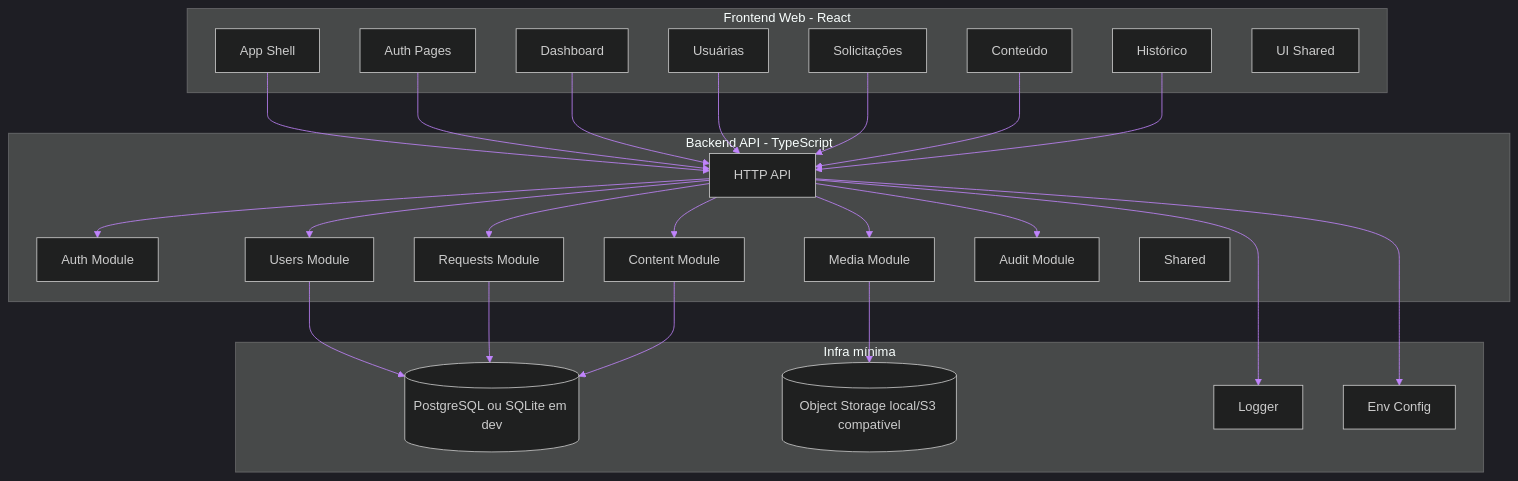
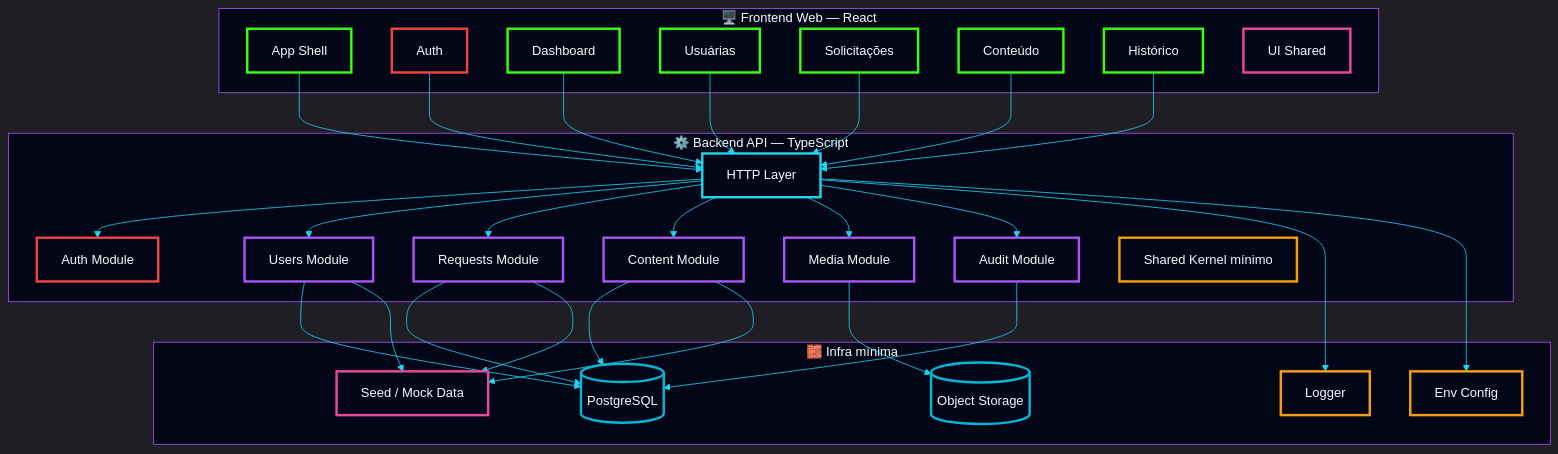
Before and after one commit to NickDevHolz/Terra-Conecta: the fifth of 12 diagrams in Terra Conecta — Proposta Institucional, Comercial e Técnica.md, drawn with Mermaid. The commit also changed other lines of this file, not shown here.

````diff
--- a/Terra Conecta — Proposta Institucional, Comercial e Técnica.md
+++ b/Terra Conecta — Proposta Institucional, Comercial e Técnica.md
@@ -371,17 +533,25 @@
 'theme':'dark',
 'themeVariables':{
 'background':'#020617',
+'mainBkg':'#020617',
+'secondBkg':'#0f172a',
+'tertiaryColor':'#111827',
 'primaryColor':'#22d3ee',
 'primaryTextColor':'#f8fafc',
 'primaryBorderColor':'#39ff14',
-'lineColor':'#c084fc',
 'secondaryColor':'#0f172a',
-'tertiaryColor':'#111827'
+'secondaryTextColor':'#e2e8f0',
+'secondaryBorderColor':'#a855f7',
+'lineColor':'#22d3ee',
+'textColor':'#f8fafc',
+'clusterBkg':'#020617',
+'clusterBorder':'#a855f7',
+'defaultLinkColor':'#22d3ee'
 }}}%%
 flowchart TB
-subgraph Frontend[Frontend Web - React]
+subgraph FE[🖥️ Frontend Web — React]
 A[App Shell]
-B[Auth Pages]
+B[Auth]
 C[Dashboard]
 D[Usuárias]
 E[Solicitações]
@@ -390,22 +560,23 @@
 H[UI Shared]
 end
 
-subgraph Backend[Backend API - TypeScript]
-I[HTTP API]
+subgraph API[⚙️ Backend API — TypeScript]
+I[HTTP Layer]
 J[Auth Module]
 K[Users Module]
 L[Requests Module]
 M[Content Module]
 N[Media Module]
 O[Audit Module]
-P[Shared]
+P[Shared Kernel mínimo]
 end
 
-subgraph Infra[Infra mínima]
-Q[(PostgreSQL ou SQLite em dev)]
-R[(Object Storage local/S3 compatível)]
+subgraph INFRA[🧱 Infra mínima]
+Q[(PostgreSQL)]
+R[(Object Storage)]
 S[Logger]
 T[Env Config]
+U[Seed / Mock Data]
 end
 
 A --> I
@@ -424,7 +595,33 @@
 K --> Q
 L --> Q
 M --> Q
+O --> Q
 N --> R
 I --> S
 I --> T
+K --> U
+L --> U
+M --> U
+
+style A fill:#020617,stroke:#39ff14,stroke-width:3px,color:#f8fafc
+style B fill:#020617,stroke:#ef4444,stroke-width:3px,color:#f8fafc
+style C fill:#020617,stroke:#39ff14,stroke-width:3px,color:#f8fafc
+style D fill:#020617,stroke:#39ff14,stroke-width:3px,color:#f8fafc
+style E fill:#020617,stroke:#39ff14,stroke-width:3px,color:#f8fafc
+style F fill:#020617,stroke:#39ff14,stroke-width:3px,color:#f8fafc
+style G fill:#020617,stroke:#39ff14,stroke-width:3px,color:#f8fafc
+style H fill:#020617,stroke:#ec4899,stroke-width:3px,color:#f8fafc
+style I fill:#020617,stroke:#22d3ee,stroke-width:3px,color:#f8fafc
+style J fill:#020617,stroke:#ef4444,stroke-width:3px,color:#f8fafc
+style K fill:#020617,stroke:#a855f7,stroke-width:3px,color:#f8fafc
+style L fill:#020617,stroke:#a855f7,stroke-width:3px,color:#f8fafc
+style M fill:#020617,stroke:#a855f7,stroke-width:3px,color:#f8fafc
+style N fill:#020617,stroke:#a855f7,stroke-width:3px,color:#f8fafc
+style O fill:#020617,stroke:#a855f7,stroke-width:3px,color:#f8fafc
+style P fill:#020617,stroke:#f59e0b,stroke-width:3px,color:#f8fafc
+style Q fill:#020617,stroke:#06b6d4,stroke-width:3px,color:#f8fafc
+style R fill:#020617,stroke:#06b6d4,stroke-width:3px,color:#f8fafc
+style S fill:#020617,stroke:#f59e0b,stroke-width:3px,color:#f8fafc
+style T fill:#020617,stroke:#f59e0b,stroke-width:3px,color:#f8fafc
+style U fill:#020617,stroke:#ec4899,stroke-width:3px,color:#f8fafc
 ```
````
